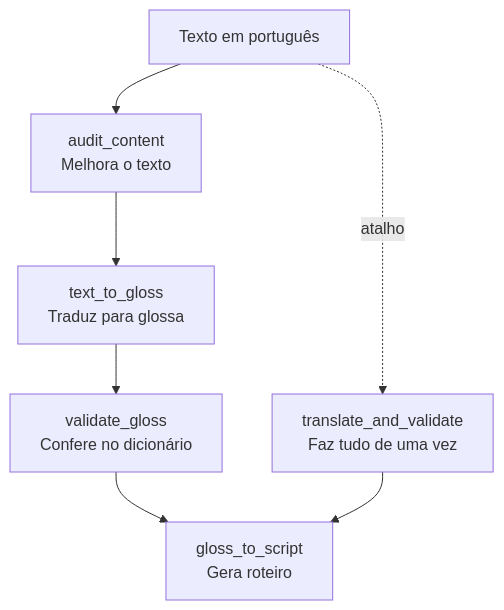
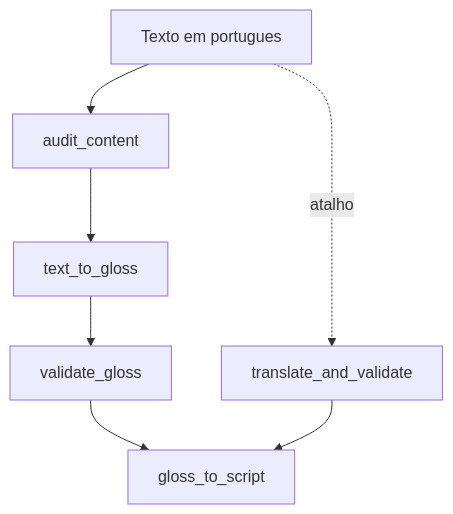
Before and after one commit to fabricioartur/librascript-mcp: the second of 2 diagrams in README.md, drawn with Mermaid. The commit also changed other lines of this file and 1 other file, not shown here.

First line of the commit message:
docs: revise README for clarity and fix demo script

````diff
--- a/README.md
+++ b/README.md
@@ -53,10 +143,10 @@
 ```mermaid
 flowchart TD
-    T["Texto em português"]
-    T --> A["audit_content<br/>Melhora o texto"]
-    A --> G["text_to_gloss<br/>Traduz para glossa"]
-    G --> V["validate_gloss<br/>Confere no dicionário"]
-    V --> S["gloss_to_script<br/>Gera roteiro"]
-    T -.->|"atalho"| TV["translate_and_validate<br/>Faz tudo de uma vez"]
+    T["Texto em portugues"]
+    T --> A["audit_content"]
+    A --> G["text_to_gloss"]
+    G --> V["validate_gloss"]
+    V --> S["gloss_to_script"]
+    T -.->|"atalho"| TV["translate_and_validate"]
     TV --> S
 ```
````
